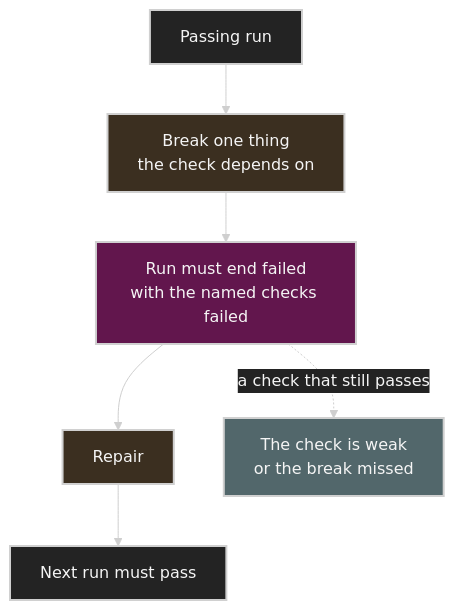
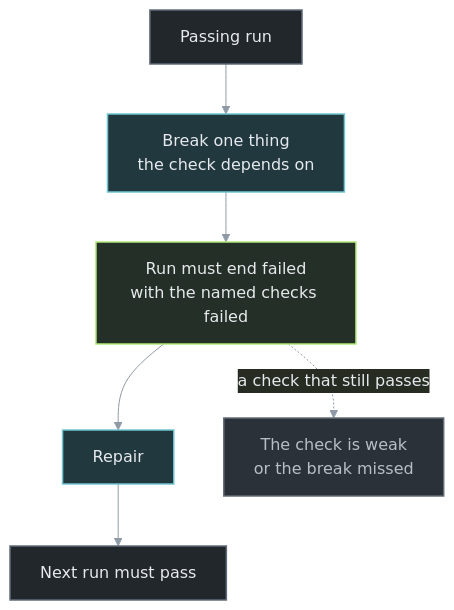
One commit to ziwon/rdma-fabric-lab changed the diagram in .site/src/content/docs/repository/deliberate-breaks.mdx. Above: the diagram before and after it, drawn with Mermaid. The commit also changed 26 other files, not shown here.

````diff
--- a/.site/src/content/docs/repository/deliberate-breaks.mdx
+++ b/.site/src/content/docs/repository/deliberate-breaks.mdx
@@ -14,18 +14,18 @@
 ```mermaid
-%%{init: {"theme": "base", "themeVariables": {"background": "#171717", "primaryColor": "#232323", "primaryTextColor": "#f5f5f5", "primaryBorderColor": "#d0d0d0", "lineColor": "#cfcfcf", "fontFamily": "Inter, Arial, sans-serif"}}}%%
+%%{init: {"theme": "base", "themeVariables": {"background": "#1b1f23", "primaryColor": "#22272c", "primaryTextColor": "#e6e9ed", "primaryBorderColor": "#616c78", "lineColor": "#8f9aa7", "fontFamily": "DM Sans, Inter, Arial, sans-serif"}}}%%
 flowchart TB
     P[Passing run] --> B[Break one thing<br/>the check depends on]
     B --> F[Run must end failed<br/>with the named checks failed]
     F --> R[Repair]
     R --> P2[Next run must pass]
     F -. a check that still passes .-> X[The check is weak<br/>or the break missed]
 
-    classDef primary fill:#232323,stroke:#d0d0d0,color:#f5f5f5,stroke-width:2px;
-    classDef secondary fill:#3b2f20,stroke:#d0d0d0,color:#f5f5f5,stroke-width:2px;
-    classDef note fill:#52676b,stroke:#d0d0d0,color:#f5f5f5,stroke-width:2px;
-    classDef accent fill:#62164d,stroke:#d0d0d0,color:#f5f5f5,stroke-width:2px;
+    classDef primary fill:#22272c,stroke:#616c78,color:#e6e9ed,stroke-width:1.5px;
+    classDef secondary fill:#21393e,stroke:#70c5d0,color:#e6e9ed,stroke-width:1.5px;
+    classDef note fill:#2b3138,stroke:#616c78,color:#b6bfc9,stroke-width:1.5px;
+    classDef accent fill:#243027,stroke:#b2e879,color:#e6e9ed,stroke-width:1.5px;
     class P,P2 primary
     class B,R secondary
     class F accent
     class X note
 ```
````
